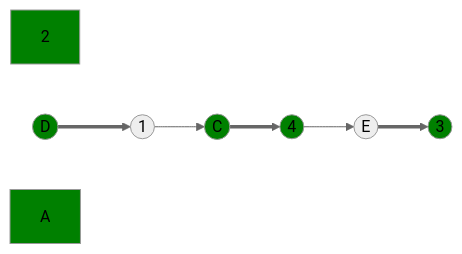
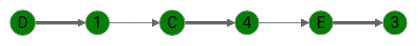
One commit to algos-ris-24-3/manual-tasks changed the fourth of 4 diagrams in Задание 8/girls.md. Above: the diagram before and after it, drawn with Mermaid (neutral theme).

Commit message:
girls.md

````diff
--- a/Задание 8/girls.md
+++ b/Задание 8/girls.md
@@ -145,18 +145,18 @@
 ```mermaid
 graph LR
     E((E))
     C((C))
     D((D))
     1((1))
     3((3))
     4((4))
 
     D ==> 1 --> C ==> 4 --> E ==> 3
     
-    style A fill:#008000
+    style E fill:#008000
     style C fill:#008000
     style D fill:#008000
     style 4 fill:#008000
-    style 2 fill:#008000
+    style 1 fill:#008000
     style 3 fill:#008000
 ```
````
